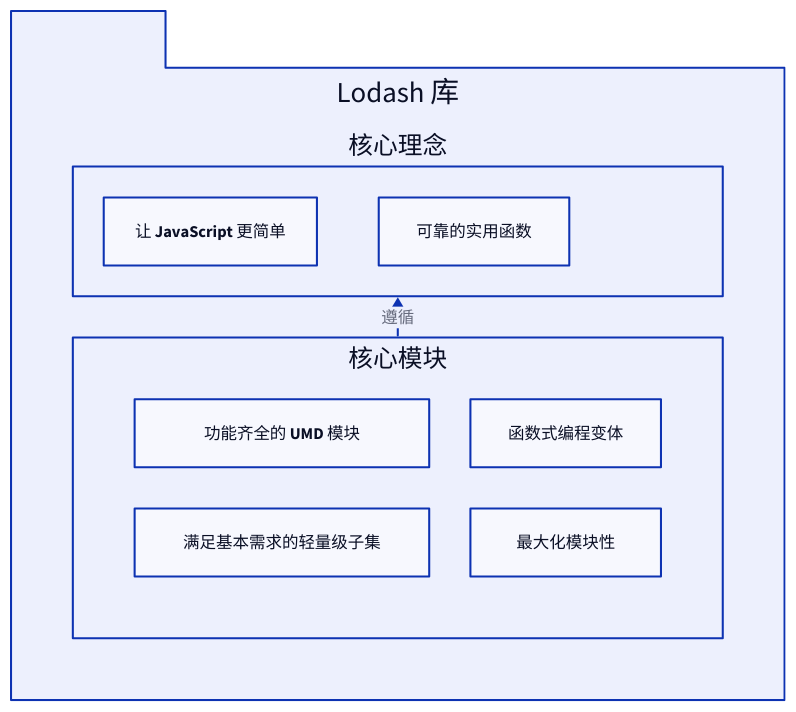
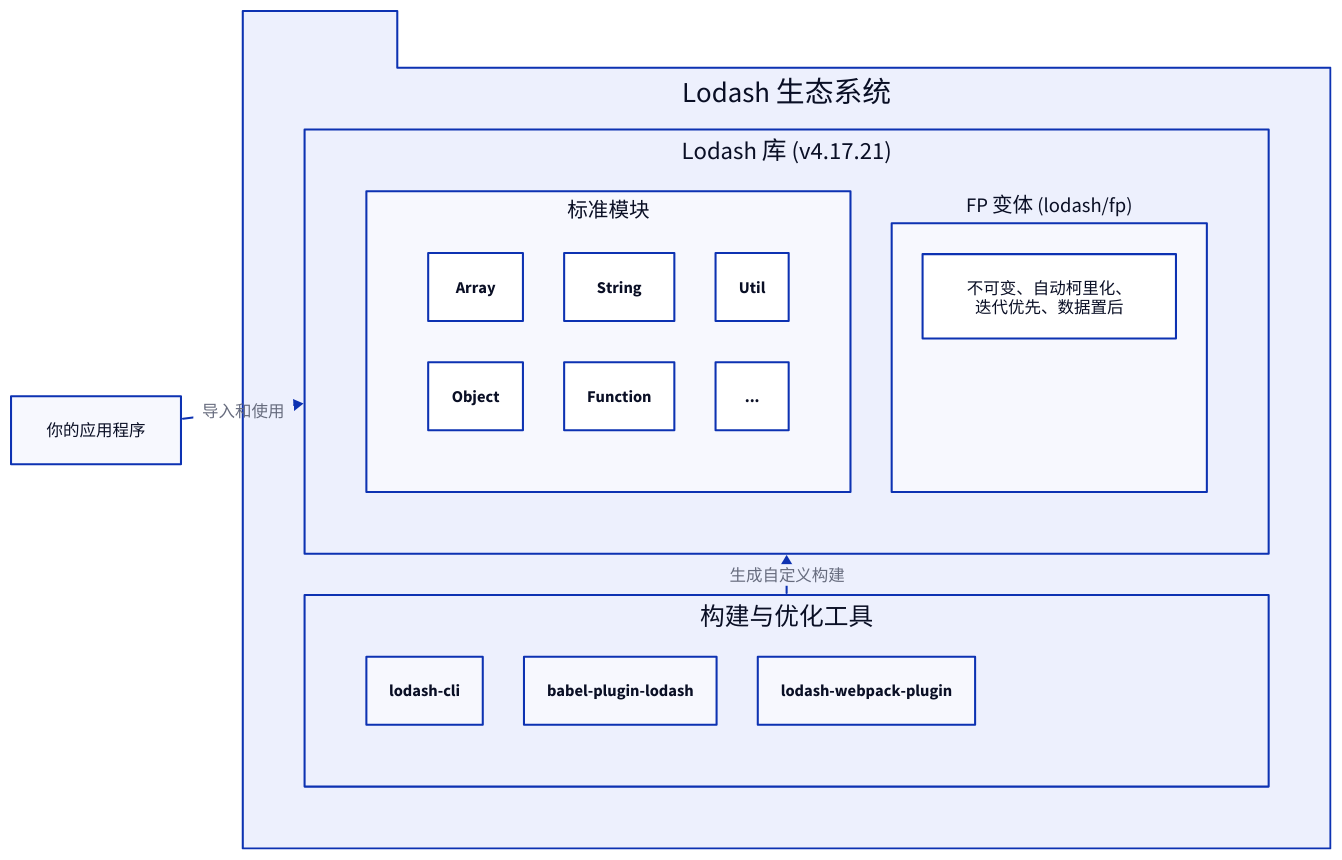
Before and after one commit to lban2049/lodash: the diagram in .aigne/doc-smith/docs/overview.zh.md, drawn with D2. The commit also changed other lines of this file and 40 other files, not shown here.

````diff
--- a/.aigne/doc-smith/docs/overview.zh.md
+++ b/.aigne/doc-smith/docs/overview.zh.md
@@ -19,25 +16,47 @@
 ```d2
 direction: down
 
-"Lodash 库": {
+Your-Application: {
+  shape: rectangle
+  label: "你的应用程序"
+}
+
+Lodash-Ecosystem: {
   shape: package
+  label: "Lodash 生态系统"
   grid-columns: 1
 
-  "核心理念": {
-    shape: rectangle
-    "简洁性": "让 JavaScript 更简单"
-    "一致性": "可靠的实用函数"
+  Lodash-Library: {
+    label: "Lodash 库 (v4.17.21)"
+    grid-columns: 2
+
+    Core-Modules: {
+      label: "标准模块"
+      grid-columns: 3
+      Array: {}
+      Object: {}
+      String: {}
+      Function: {}
+      Util: {}
+      "...": {}
+    }
+
+    FP-Variant: {
+      label: "FP 变体 (lodash/fp)"
+      "不可变、自动柯里化、\n迭代优先、数据置后"
+    }
   }
 
-  "核心模块": {
-    shape: rectangle
-    grid-columns: 2
-    "标准构建": "功能齐全的 UMD 模块"
-    "核心构建": "满足基本需求的轻量级子集"
-    "FP 模块": "函数式编程变体"
-    "单方法包": "最大化模块性"
+  Build-Tools: {
+    label: "构建与优化工具"
+    grid-columns: 3
+    lodash-cli: {}
+    babel-plugin-lodash: {}
+    lodash-webpack-plugin: {}
   }
+}
 
-  "核心模块" -> "核心理念": "遵循"
-}
+Your-Application -> Lodash-Ecosystem.Lodash-Library: "导入和使用"
+Lodash-Ecosystem.Build-Tools -> Lodash-Ecosystem.Lodash-Library: "生成自定义构建"
+
 ```
````
